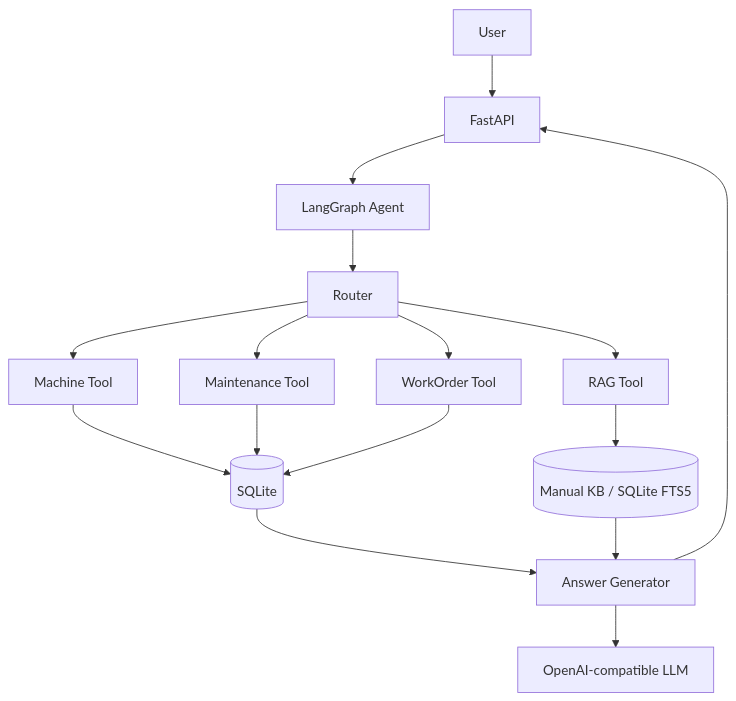
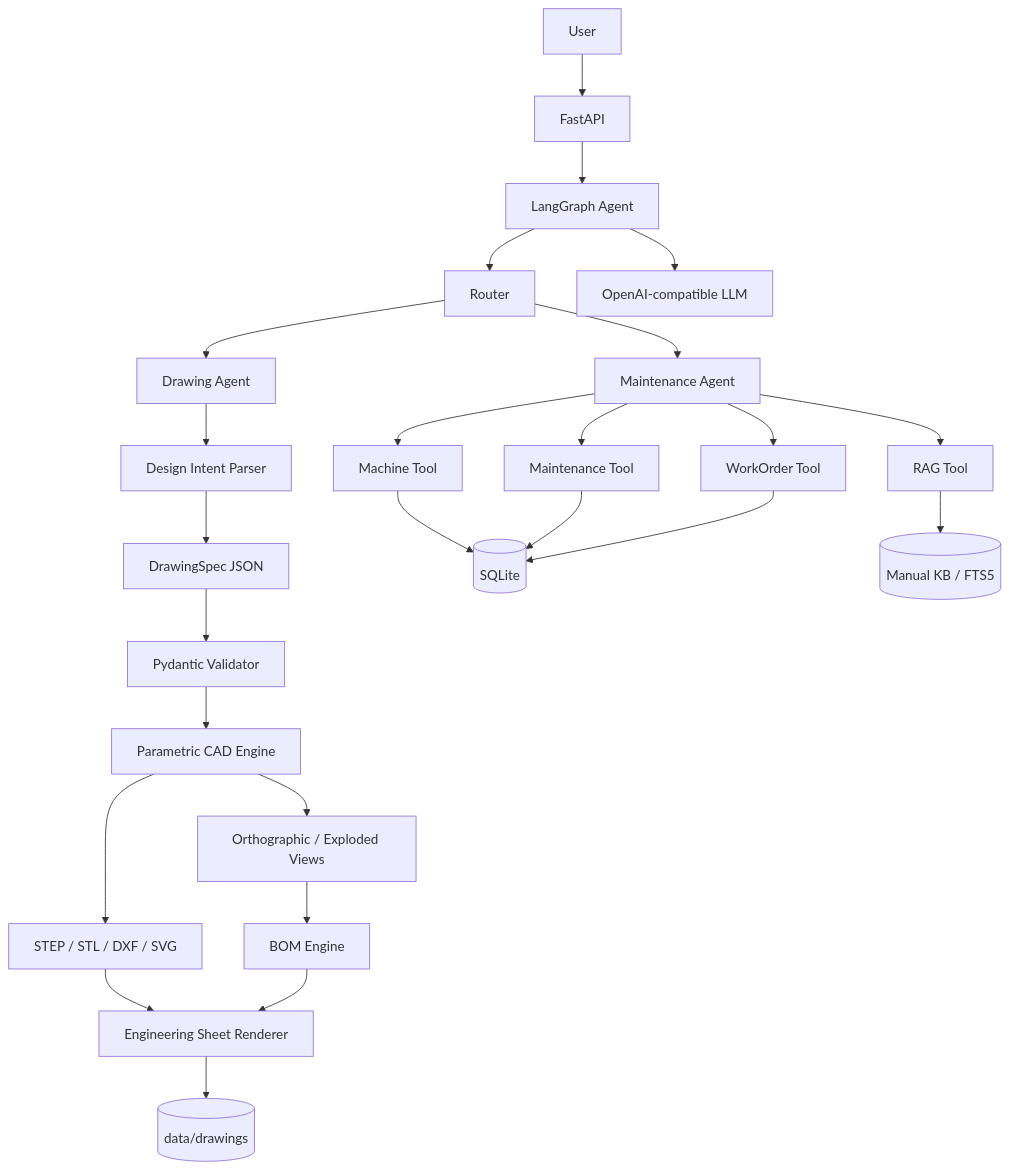
Before and after one commit to 1923249243/FactoryAgent-V2-: the diagram in README.md, drawn with Mermaid. The commit also changed other lines of this file and 87 other files, not shown here.

Commit message:
feat: add V4.3 engineering agent pipeline

````diff
--- a/README.md
+++ b/README.md
@@ -89,18 +119,27 @@
 ```mermaid
 flowchart TD
     U[User] --> F[FastAPI]
     F --> G[LangGraph Agent]
     G --> R[Router]
-    R --> M[Machine Tool]
-    R --> H[Maintenance Tool]
-    R --> K[RAG Tool]
-    R --> W[WorkOrder Tool]
-    M --> D[(SQLite)]
-    H --> D
-    W --> D
-    K --> KB[(Manual KB / SQLite FTS5)]
-    D --> A[Answer Generator]
-    KB --> A
-    A --> L[OpenAI-compatible LLM]
-    A --> F
+    R --> M[Maintenance Agent]
+    M --> MT[Machine Tool]
+    M --> HT[Maintenance Tool]
+    M --> RT[RAG Tool]
+    M --> WT[WorkOrder Tool]
+    R --> DRA[Drawing Agent]
+    DRA --> P[Design Intent Parser]
+    P --> S[DrawingSpec JSON]
+    S --> V[Pydantic Validator]
+    V --> C[Parametric CAD Engine]
+    C --> E[STEP / STL / DXF / SVG]
+    C --> O[Orthographic / Exploded Views]
+    O --> B[BOM Engine]
+    E --> H[Engineering Sheet Renderer]
+    B --> H
+    MT --> DB[(SQLite)]
+    HT --> DB
+    WT --> DB
+    RT --> KB[(Manual KB / FTS5)]
+    H --> FS[(data/drawings)]
+    G --> L[OpenAI-compatible LLM]
 ```
````
